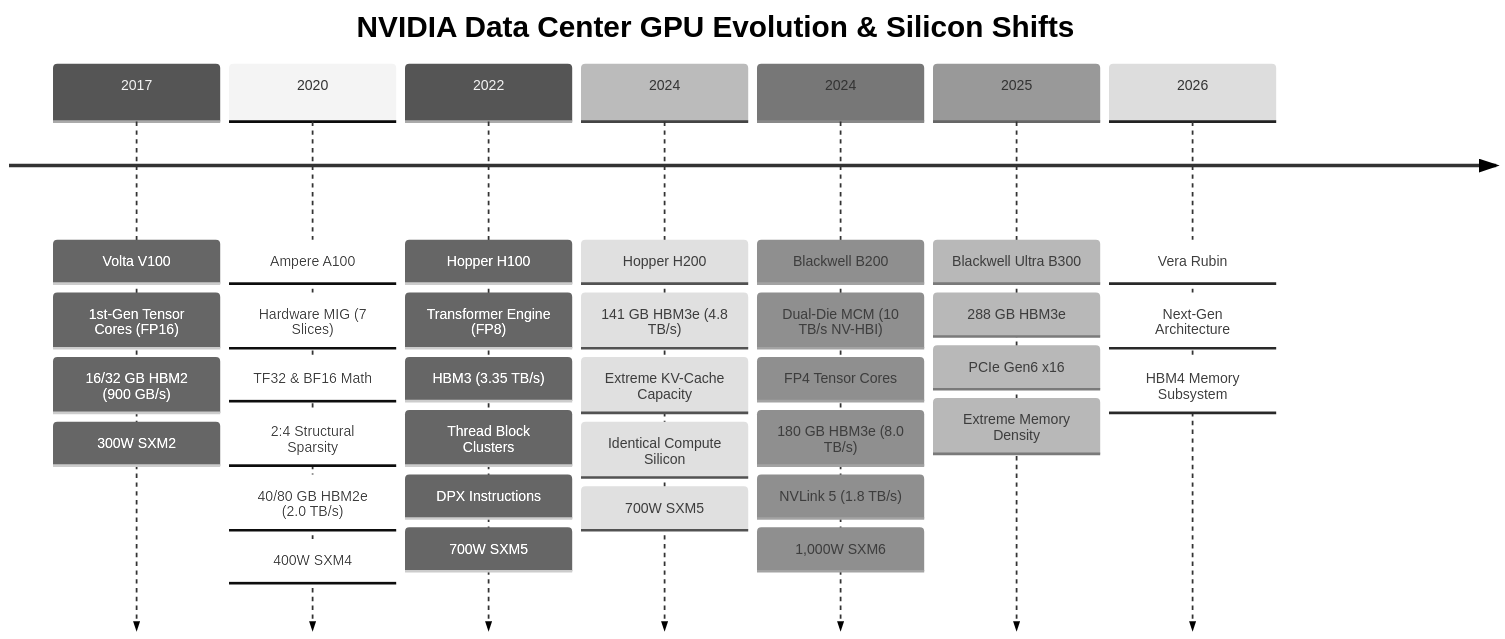
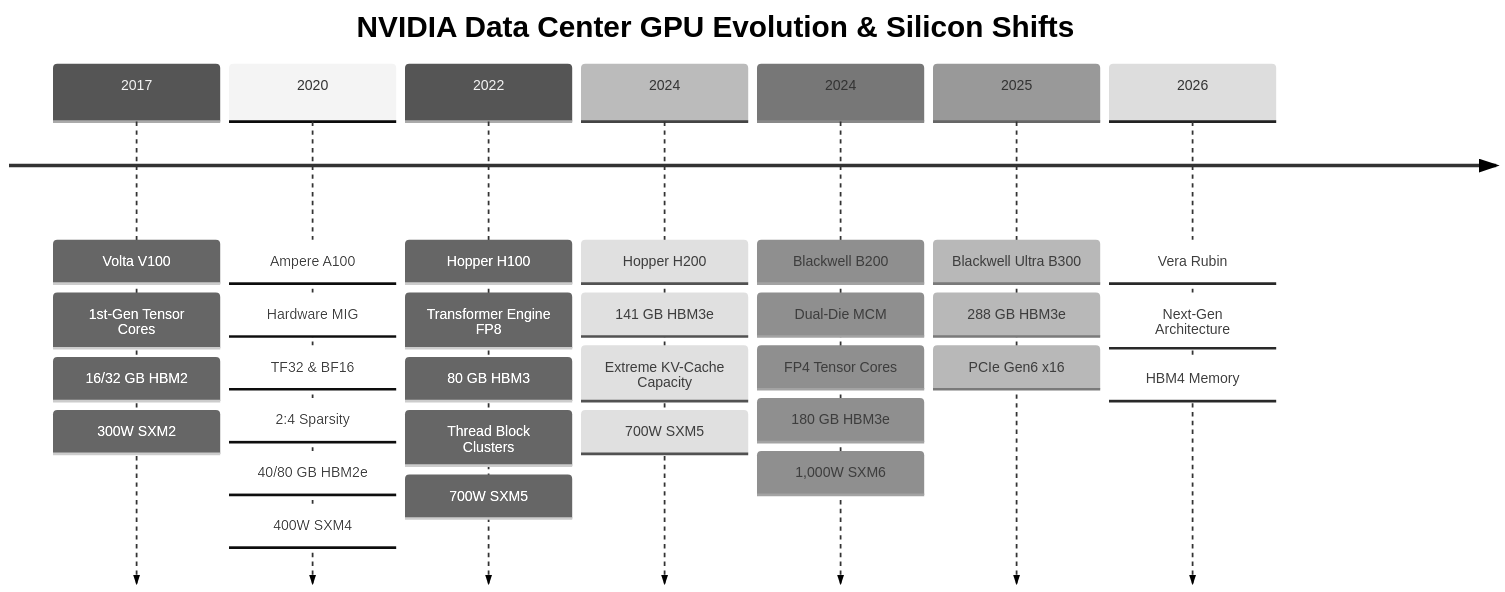
The second of 4 diagrams in docs/part-10-gpu-cuda/07-gpu-generations-and-product-line-ampere-hopper-blackwell-pcie-versus-s.md (jithinpnjm/ai-infra-handbook), drawn with Mermaid (neutral theme) before and after one commit. The commit also changed other lines of this file and 503 other files, not shown here.

````diff
--- a/docs/part-10-gpu-cuda/07-gpu-generations-and-product-line-ampere-hopper-blackwell-pcie-versus-s.md
+++ b/docs/part-10-gpu-cuda/07-gpu-generations-and-product-line-ampere-hopper-blackwell-pcie-versus-s.md
@@ -159,11 +139,11 @@
 ```mermaid
 timeline
     title NVIDIA Data Center GPU Evolution & Silicon Shifts
-    2017 : Volta V100 : 1st-Gen Tensor Cores (FP16) : 16/32 GB HBM2 (900 GB/s) : 300W SXM2
-    2020 : Ampere A100 : Hardware MIG (7 Slices) : TF32 & BF16 Math : 2:4 Structural Sparsity : 40/80 GB HBM2e (2.0 TB/s) : 400W SXM4
-    2022 : Hopper H100 : Transformer Engine (FP8) : HBM3 (3.35 TB/s) : Thread Block Clusters : DPX Instructions : 700W SXM5
-    2024 : Hopper H200 : 141 GB HBM3e (4.8 TB/s) : Extreme KV-Cache Capacity : Identical Compute Silicon : 700W SXM5
-    2024 : Blackwell B200 : Dual-Die MCM (10 TB/s NV-HBI) : FP4 Tensor Cores : 180 GB HBM3e (8.0 TB/s) : NVLink 5 (1.8 TB/s) : 1,000W SXM6
-    2025 : Blackwell Ultra B300 : 288 GB HBM3e : PCIe Gen6 x16 : Extreme Memory Density
-    2026 : Vera Rubin : Next-Gen Architecture : HBM4 Memory Subsystem
+    2017 : Volta V100 : 1st-Gen Tensor Cores : 16/32 GB HBM2 : 300W SXM2
+    2020 : Ampere A100 : Hardware MIG : TF32 & BF16 : 2:4 Sparsity : 40/80 GB HBM2e : 400W SXM4
+    2022 : Hopper H100 : Transformer Engine FP8 : 80 GB HBM3 : Thread Block Clusters : 700W SXM5
+    2024 : Hopper H200 : 141 GB HBM3e : Extreme KV-Cache Capacity : 700W SXM5
+    2024 : Blackwell B200 : Dual-Die MCM : FP4 Tensor Cores : 180 GB HBM3e : 1,000W SXM6
+    2025 : Blackwell Ultra B300 : 288 GB HBM3e : PCIe Gen6 x16
+    2026 : Vera Rubin : Next-Gen Architecture : HBM4 Memory
 ```
````
